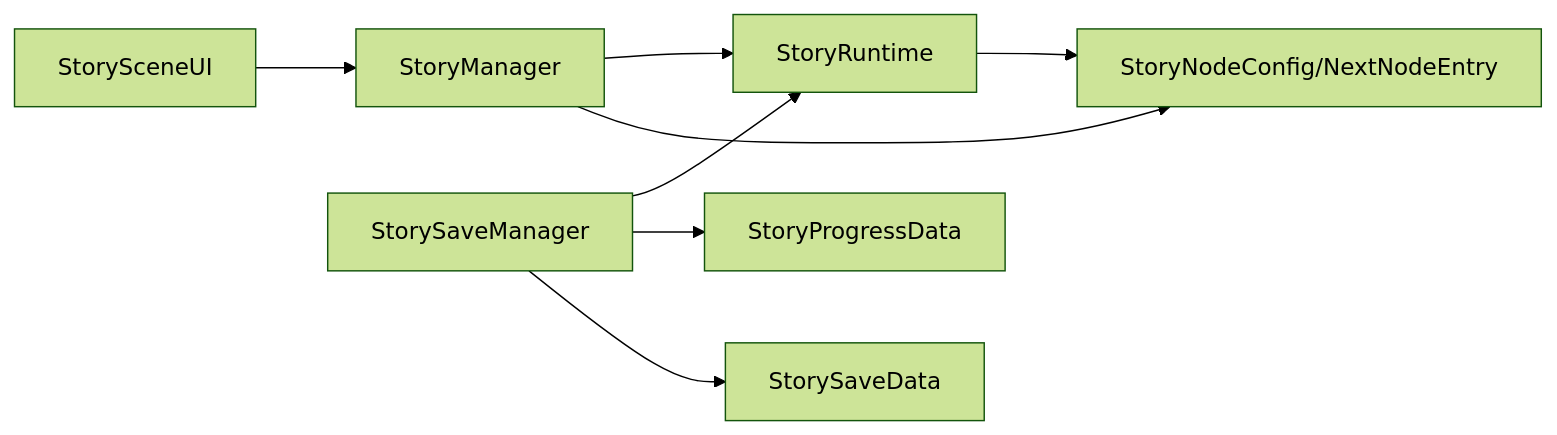
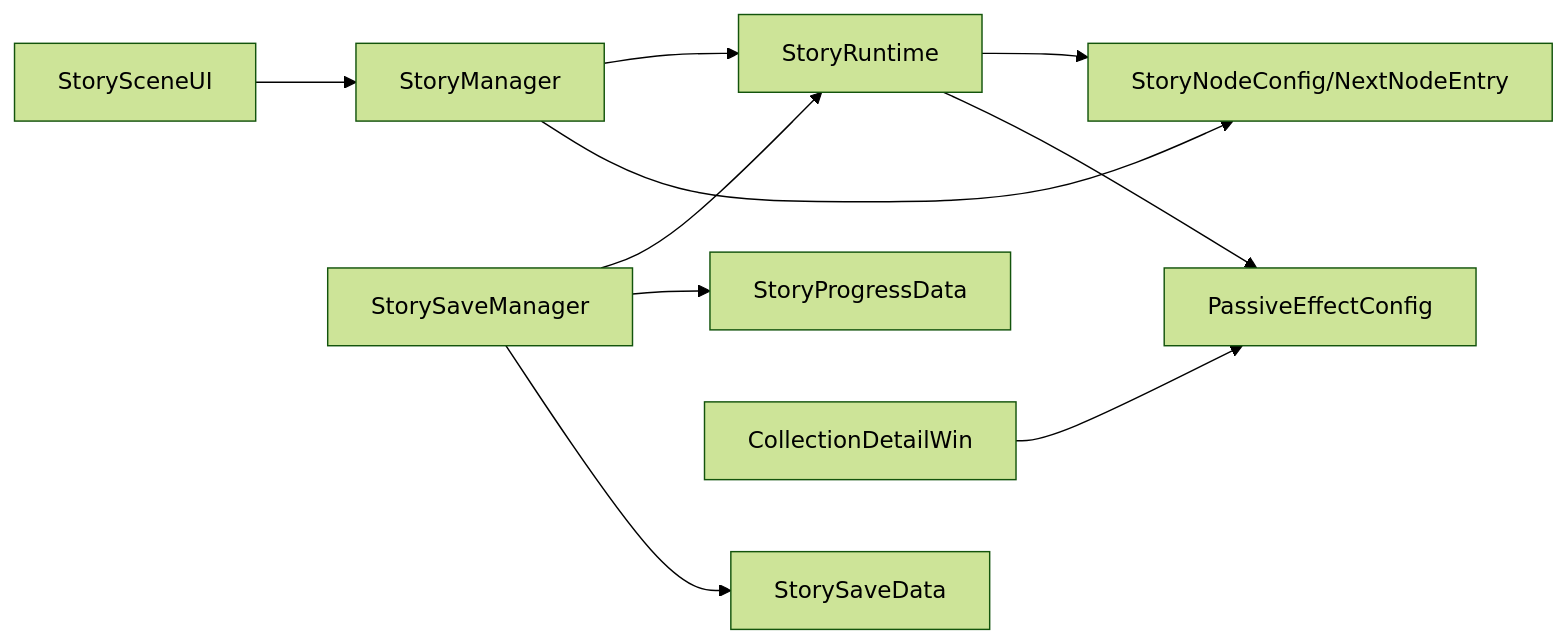
The seventh of 7 diagrams in .qoder/repowiki/zh/content/故事剧情系统/故事运行时系统.md (Tuusen/p1_client), drawn with Mermaid (forest theme) before and after one commit. The commit also changed other lines of this file and 6 other files, not shown here.

````diff
--- a/.qoder/repowiki/zh/content/故事剧情系统/故事运行时系统.md
+++ b/.qoder/repowiki/zh/content/故事剧情系统/故事运行时系统.md
@@ -354,10 +454,12 @@
 ```mermaid
 graph LR
 SR["StoryRuntime"] --> CFG["StoryNodeConfig/NextNodeEntry"]
+SR --> PEC["PassiveEffectConfig"]
 SM["StoryManager"] --> SR
 SM --> CFG
 SSM["StorySaveManager"] --> SR
 SSM --> SPD["StoryProgressData"]
 SSM --> SSD["StorySaveData"]
 UI["StorySceneUI"] --> SM
+CDW["CollectionDetailWin"] --> PEC
 ```
````
